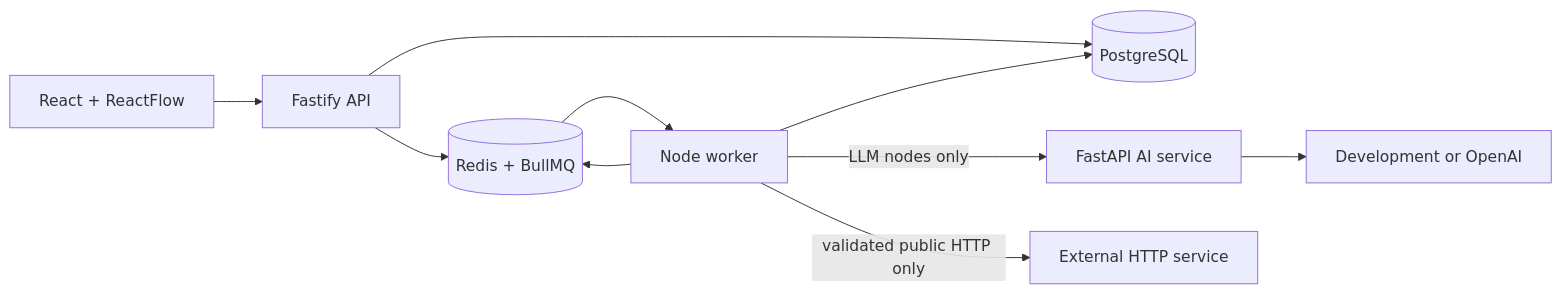
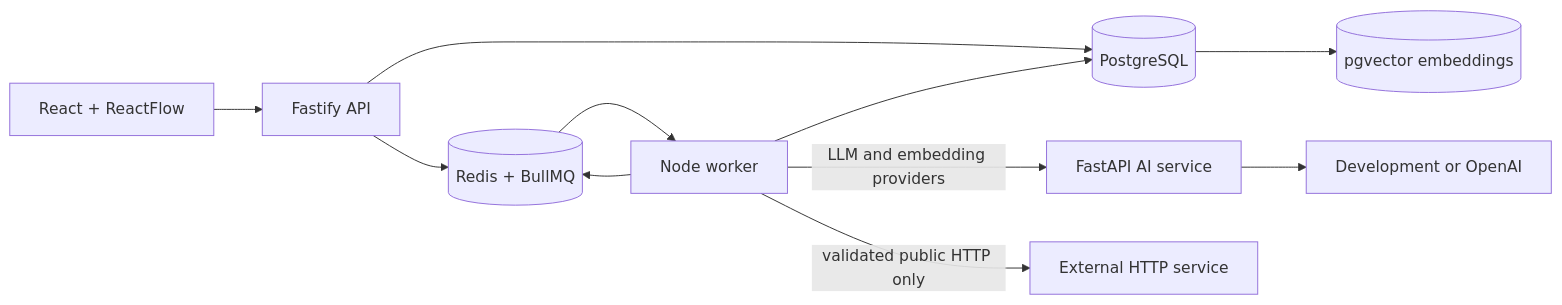
One commit to hafiz475/agentops-ai-workflow-platform changed the diagram in README.md. Above: the diagram before and after it, drawn with Mermaid. The commit also changed other lines of this file and 46 other files, not shown here.

````diff
--- a/README.md
+++ b/README.md
@@ -28,12 +32,13 @@
 ```mermaid
 flowchart LR
   Browser[React + ReactFlow] --> API[Fastify API]
   API --> DB[(PostgreSQL)]
   API --> Queue[(Redis + BullMQ)]
   Queue --> Worker[Node worker]
   Worker --> DB
-  Worker -->|LLM nodes only| AI[FastAPI AI service]
+  Worker -->|LLM and embedding providers| AI[FastAPI AI service]
   Worker --> Queue
   Worker -->|validated public HTTP only| External[External HTTP service]
+  DB --> Vector[(pgvector embeddings)]
   AI --> Provider[Development or OpenAI]
 ```
````
